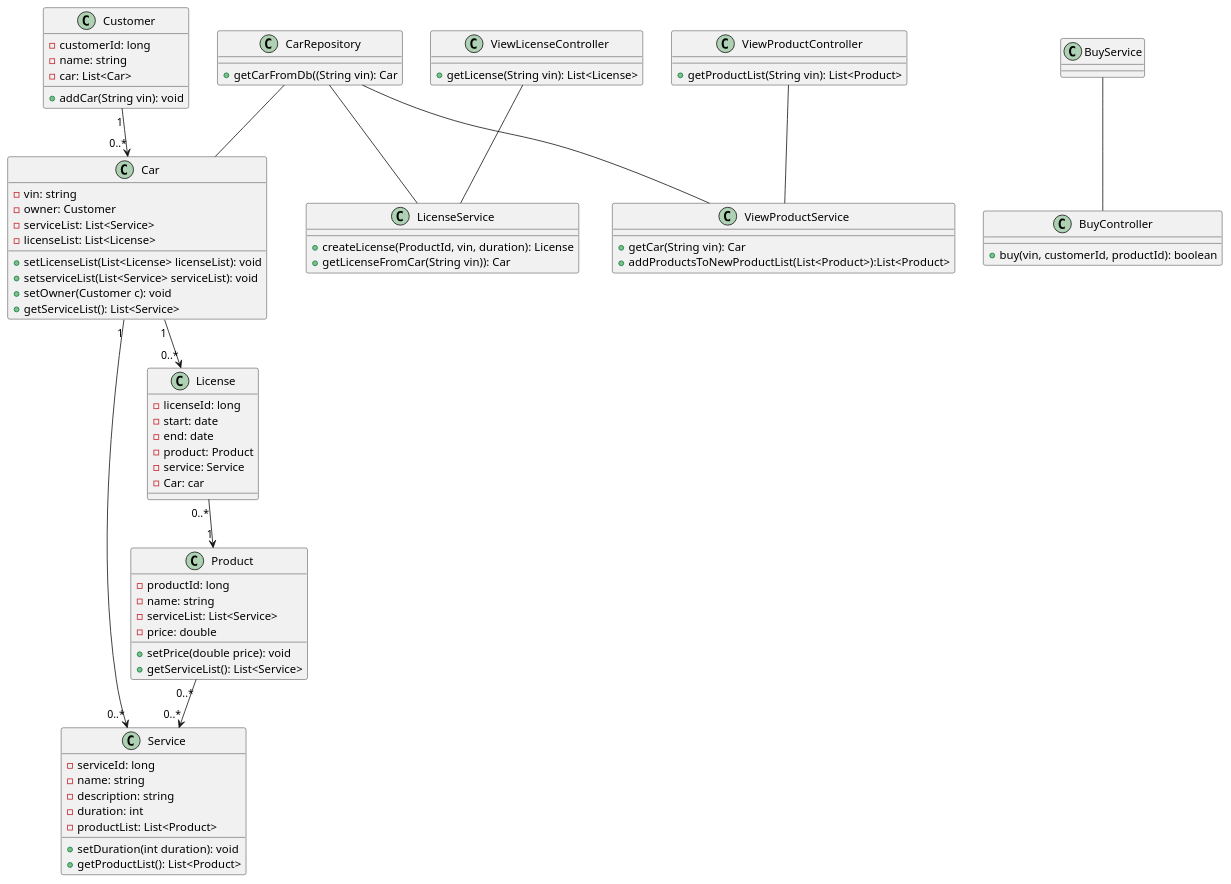
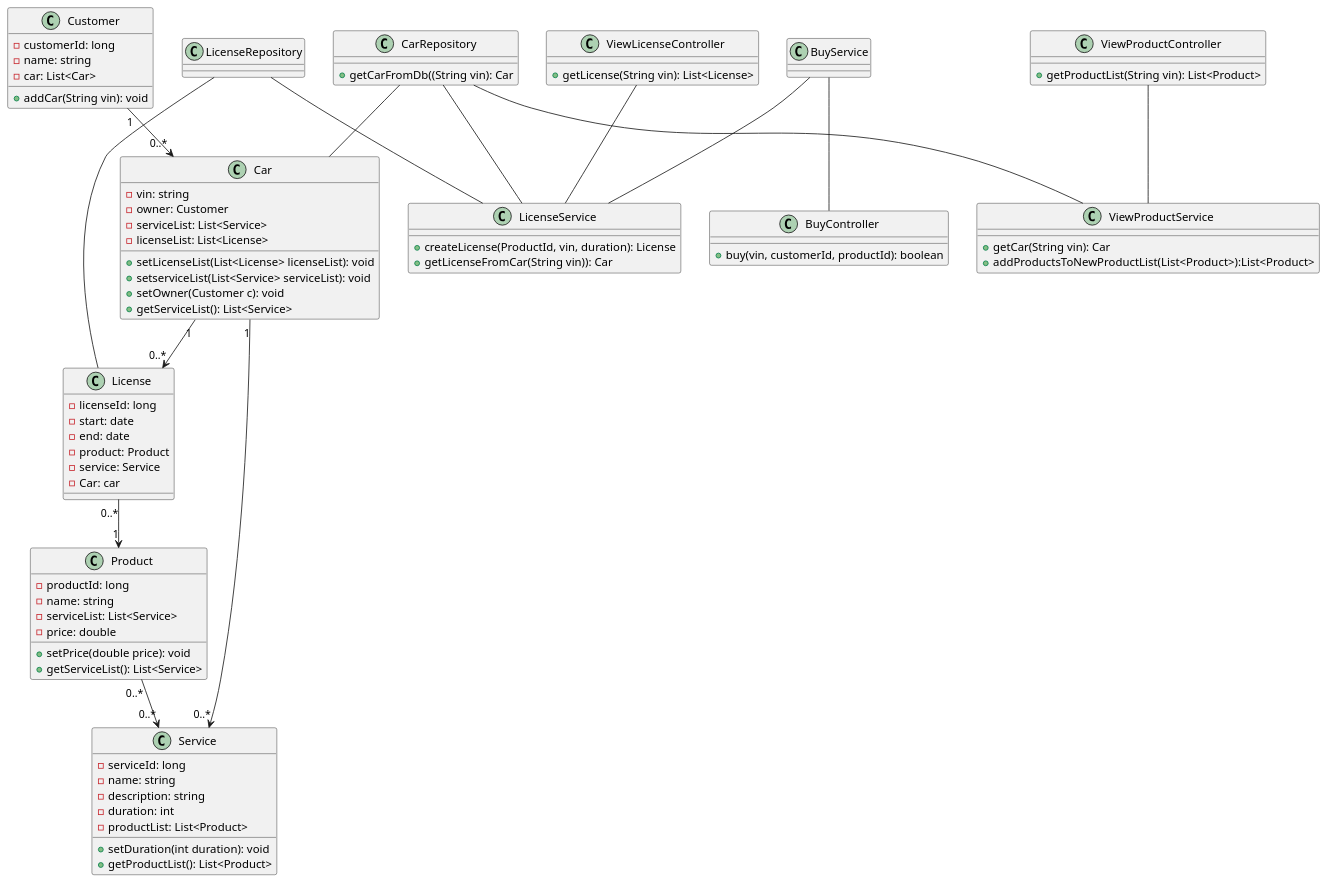
The diagram in .idea/2.0 class.puml (ljbg1996/car-backend), drawn with PlantUML before and after one commit.

Commit message:
2.0 class.puml: angepasst an letztes sequenzdiagramm

```diff
--- a/.idea/2.0 class.puml
+++ b/.idea/2.0 class.puml
@@ -1,143 +1,145 @@
 @startuml
 class Car {
     - vin: string
     - owner: Customer
     - serviceList: List<Service>
     - licenseList: List<License>
 
     + setLicenseList(List<License> licenseList): void
     + setserviceList(List<Service> serviceList): void
     + setOwner(Customer c): void
     + getServiceList(): List<Service>
 
 }
 
 class CarRepository{
 
     + getCarFromDb((String vin): Car
 
 
 }
 
 class Customer {
     - customerId: long
     - name: string
     - car: List<Car>
 
     + addCar(String vin): void
 
 
 }
 
 'class CustomerRepository{}
 
 'class ProductRepository{}
 
 
 class Product {
     - productId: long
     - name: string
     - serviceList: List<Service>
     - price: double
 
     + setPrice(double price): void
     + getServiceList(): List<Service>
 
 }
 
 
 
 class Service {
     - serviceId: long
     - name: string
     - description: string
     - duration: int
     - productList: List<Product>
 
     + setDuration(int duration): void
     + getProductList(): List<Product>
 
 
 }
 
 'class ServiceRepository{
 
  '   +getServiceFromDb(serviceId): Service
 
 '}
 
 class License {
     - licenseId: long
     - start: date
     - end: date
     - product: Product
     - service: Service
     - Car: car
 
    '+ extendLicense(license: License, duration: int): void
 
 }
 
 'class LicenseRepository{}
 
 class ViewLicenseController {
 
 
     + getLicense(String vin): List<License>
 
 }
 
 class BuyController {
 
     + buy(vin, customerId, productId): boolean
 
 }
 
 class ViewProductController {
 
     + getProductList(String vin): List<Product>
 
 }
 
 class LicenseService{
 
     + createLicense(ProductId, vin, duration): License
     + getLicenseFromCar(String vin)): Car
 
 }
 
 class BuyService {
 
 
 }
 
 class ViewProductService {
 
     + getCar(String vin): Car
     + addProductsToNewProductList(List<Product>):List<Product>
 }
 
 
 
 
 
 
 
-'LicenseRepository-- License
+LicenseRepository-- License
+LicenseRepository -- LicenseService
+BuyService -- LicenseService
 ViewLicenseController -- LicenseService
 CarRepository -- LicenseService
 'ProductRepository -- Product
 CarRepository -- ViewProductService
 
 ViewProductController -- ViewProductService
 BuyService -- BuyController
 CarRepository -- Car
 'CustomerRepository -- Customer
 'ServiceRepository -- Service
 Customer "1" --> "0..*" Car
 Car "1" --> "0..*" License
 Car "1" --> "0..*" Service
 License "0..*"--> "1"Product
 Product "0..*" --> "0..*" Service
 
 @enduml
```
